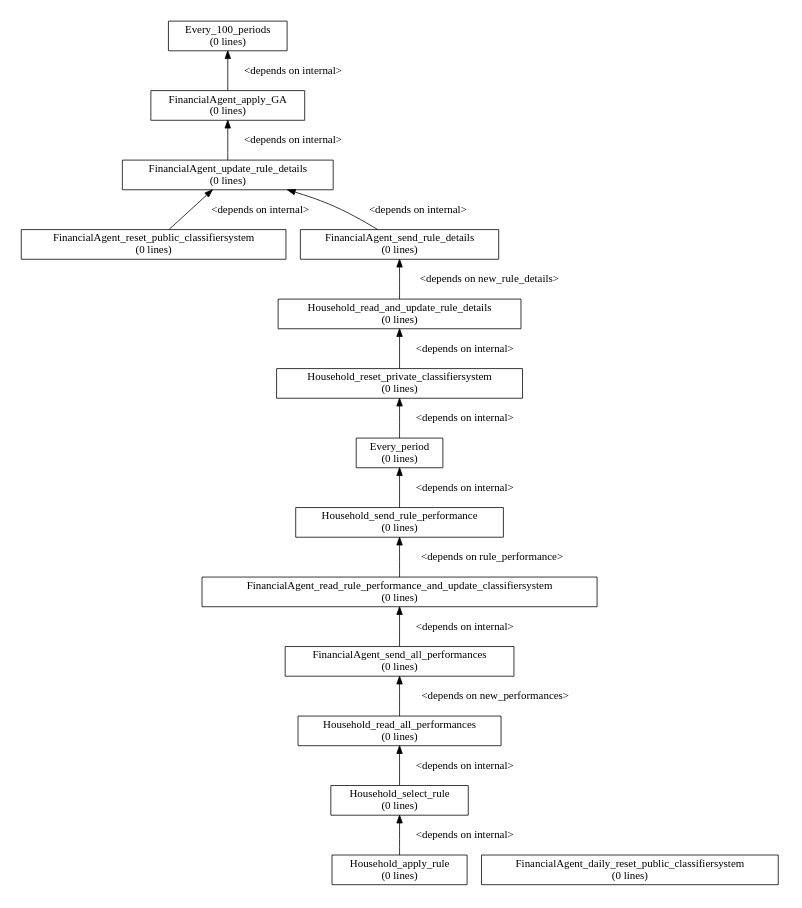
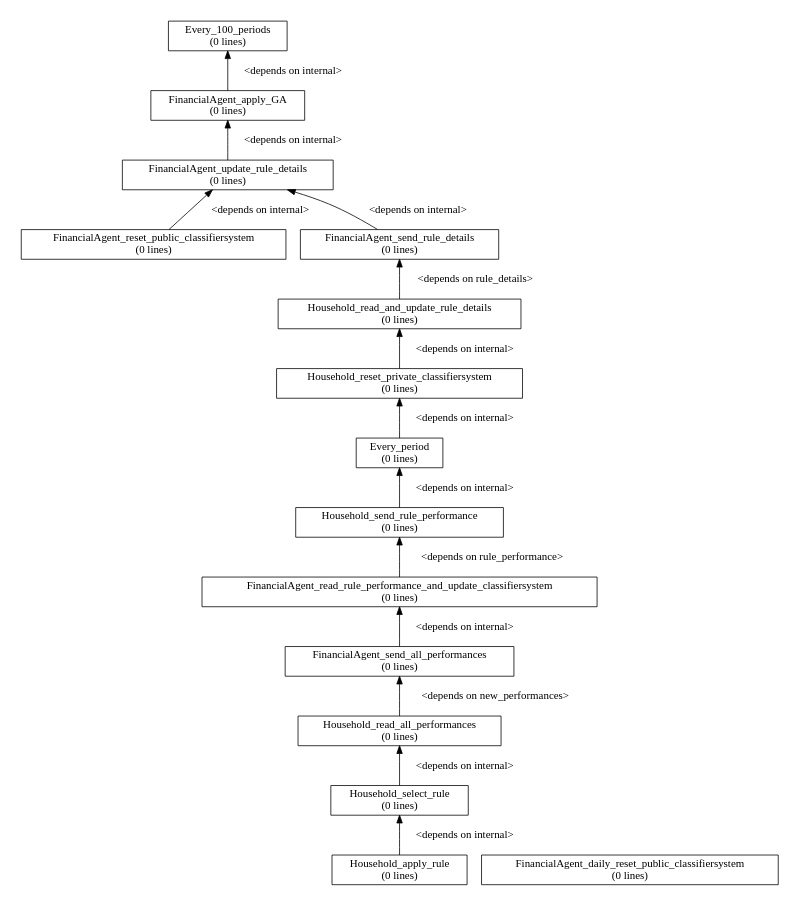
The diagram in models/AFM/afm_branches/initial/ewa_learning/dgraph.dot (ETACE/EURACE), drawn with Graphviz before and after one commit. The commit also changed 9 other files, not shown here.

```diff
--- a/models/AFM/afm_branches/initial/ewa_learning/dgraph.dot
+++ b/models/AFM/afm_branches/initial/ewa_learning/dgraph.dot
@@ -1,37 +1,37 @@
 digraph dependency_graph {
 	rankdir=BT;
 	size="8,5;"
 	node [shape = rect];
 	
 	/* Functions */
 	FinancialAgent_send_rule_details[height = 0.000000, label = "FinancialAgent_send_rule_details\n(0 lines)"]
 	FinancialAgent_reset_public_classifiersystem[height = 0.000000, label = "FinancialAgent_reset_public_classifiersystem\n(0 lines)"]
 	FinancialAgent_update_rule_details[height = 0.000000, label = "FinancialAgent_update_rule_details\n(0 lines)"]
 	FinancialAgent_apply_GA[height = 0.000000, label = "FinancialAgent_apply_GA\n(0 lines)"]
 	Every_100_periods[height = 0.000000, label = "Every_100_periods\n(0 lines)"]
 	FinancialAgent_send_all_performances[height = 0.000000, label = "FinancialAgent_send_all_performances\n(0 lines)"]
 	FinancialAgent_read_rule_performance_and_update_classifiersystem[height = 0.000000, label = "FinancialAgent_read_rule_performance_and_update_classifiersystem\n(0 lines)"]
 	FinancialAgent_daily_reset_public_classifiersystem[height = 0.000000, label = "FinancialAgent_daily_reset_public_classifiersystem\n(0 lines)"]
 	Household_reset_private_classifiersystem[height = 0.000000, label = "Household_reset_private_classifiersystem\n(0 lines)"]
 	Household_read_and_update_rule_details[height = 0.000000, label = "Household_read_and_update_rule_details\n(0 lines)"]
 	Household_apply_rule[height = 0.000000, label = "Household_apply_rule\n(0 lines)"]
 	Household_select_rule[height = 0.000000, label = "Household_select_rule\n(0 lines)"]
 	Household_read_all_performances[height = 0.000000, label = "Household_read_all_performances\n(0 lines)"]
 	Household_send_rule_performance[height = 0.000000, label = "Household_send_rule_performance\n(0 lines)"]
 	Every_period[height = 0.000000, label = "Every_period\n(0 lines)"]
 	
 	/* Dependencies */
 	FinancialAgent_send_rule_details -> FinancialAgent_update_rule_details [ label = "<depends on internal>" ];
 	FinancialAgent_reset_public_classifiersystem -> FinancialAgent_update_rule_details [ label = "<depends on internal>" ];
 	FinancialAgent_update_rule_details -> FinancialAgent_apply_GA [ label = "<depends on internal>" ];
 	FinancialAgent_apply_GA -> Every_100_periods [ label = "<depends on internal>" ];
 	FinancialAgent_send_all_performances -> FinancialAgent_read_rule_performance_and_update_classifiersystem [ label = "<depends on internal>" ];
 	FinancialAgent_read_rule_performance_and_update_classifiersystem -> Household_send_rule_performance [ label = "<depends on rule_performance>" ];
 	Household_reset_private_classifiersystem -> Household_read_and_update_rule_details [ label = "<depends on internal>" ];
-	Household_read_and_update_rule_details -> FinancialAgent_send_rule_details [ label = "<depends on new_rule_details>" ];
+	Household_read_and_update_rule_details -> FinancialAgent_send_rule_details [ label = "<depends on rule_details>" ];
 	Household_apply_rule -> Household_select_rule [ label = "<depends on internal>" ];
 	Household_select_rule -> Household_read_all_performances [ label = "<depends on internal>" ];
 	Household_read_all_performances -> FinancialAgent_send_all_performances [ label = "<depends on new_performances>" ];
 	Household_send_rule_performance -> Every_period [ label = "<depends on internal>" ];
 	Every_period -> Household_reset_private_classifiersystem [ label = "<depends on internal>" ];
 }
```
